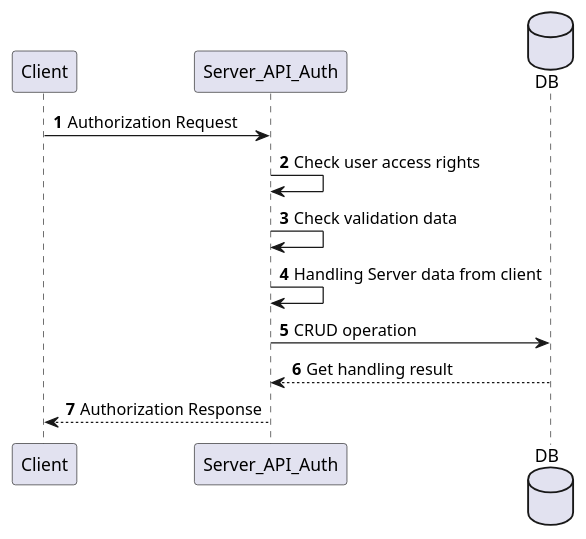
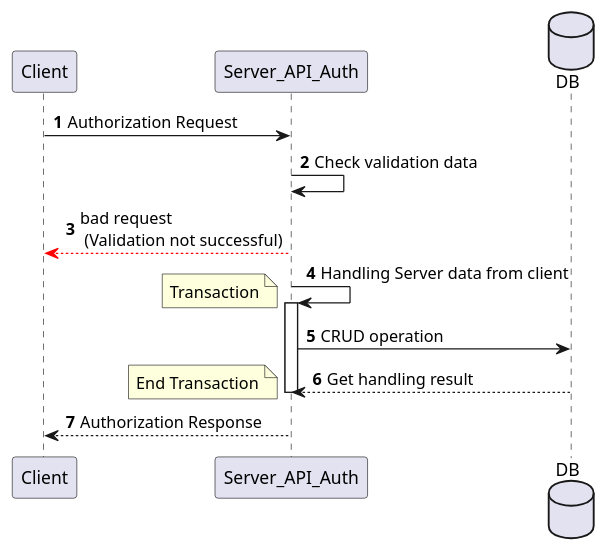
Before and after one commit to dima666Sik/book-house: the diagram in book-house-server/src/main/resources/sequence/diagramSequenceAuthorization.puml, drawn with PlantUML. The commit also changed 6 other files, not shown here.

Commit message:
change some diagram.

```diff
--- a/book-house-server/src/main/resources/sequence/diagramSequenceAuthorization.puml
+++ b/book-house-server/src/main/resources/sequence/diagramSequenceAuthorization.puml
@@ -1,16 +1,18 @@
 @startuml
 'https://plantuml.com/sequence-diagram
 
 autonumber
-    'Authorization
      Client -> Server_API_Auth: Authorization Request
-     Server_API_Auth -> Server_API_Auth : Check user access rights
      Server_API_Auth -> Server_API_Auth : Check validation data
+     Client <-[#red]- Server_API_Auth: bad request\n (Validation not successful)
      Server_API_Auth -> Server_API_Auth : Handling Server data from client
 
      database DB as DB
+         note left : Transaction
+          activate Server_API_Auth
      Server_API_Auth -> DB: CRUD operation
      Server_API_Auth <-- DB: Get handling result
-
+    note left : End Transaction
+     deactivate Server_API_Auth
      Client <-- Server_API_Auth: Authorization Response
 @enduml
```
